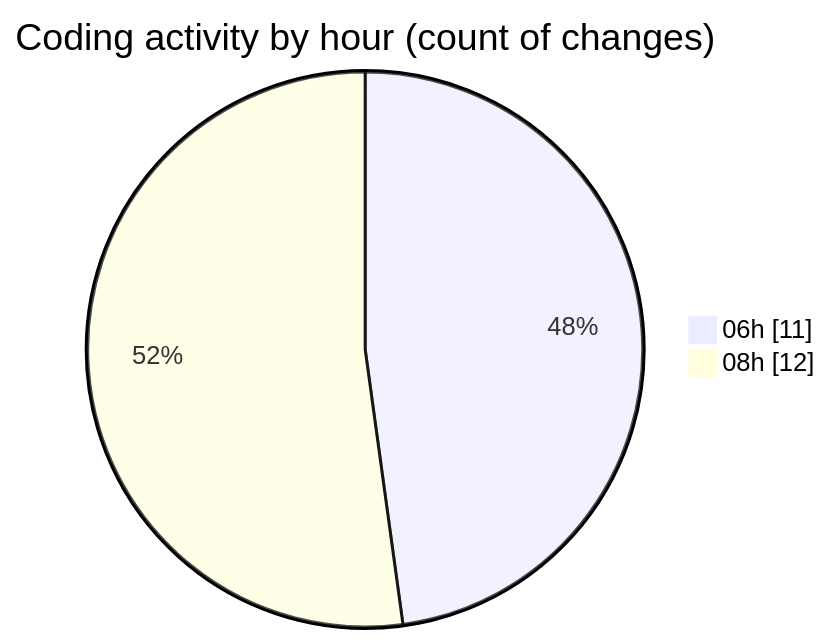
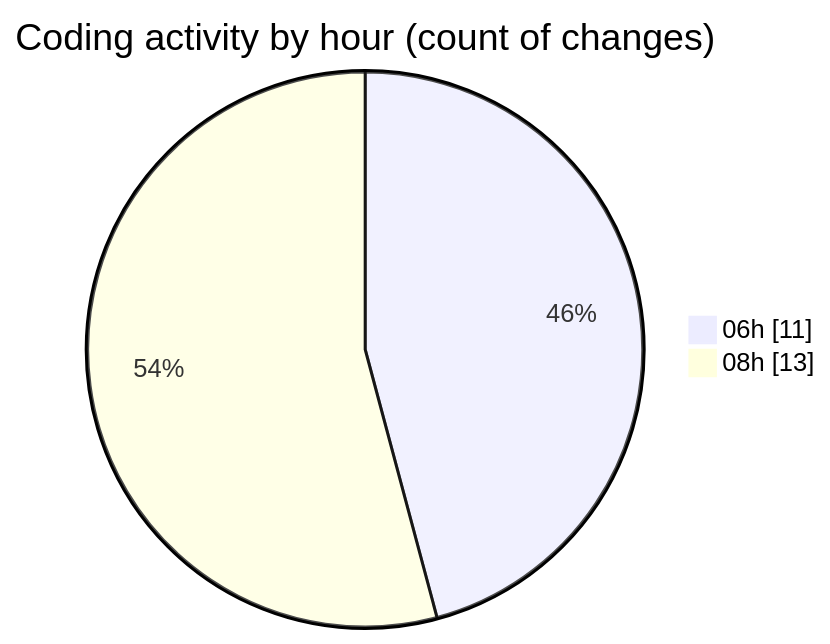
One commit to EIIisD/code-tracking changed the second of 2 diagrams in 2025-08-04/tw-server/README.md. Above: the diagram before and after it, drawn with Mermaid. The commit also changed other lines of this file and 1 other file, not shown here.

````diff
--- a/2025-08-04/tw-server/README.md
+++ b/2025-08-04/tw-server/README.md
@@ -36,6 +36,6 @@
 ```mermaid
 pie showData
 title Coding activity by hour (count of changes)
 "06h" : 11
-"08h" : 12
+"08h" : 13
 ```
````
